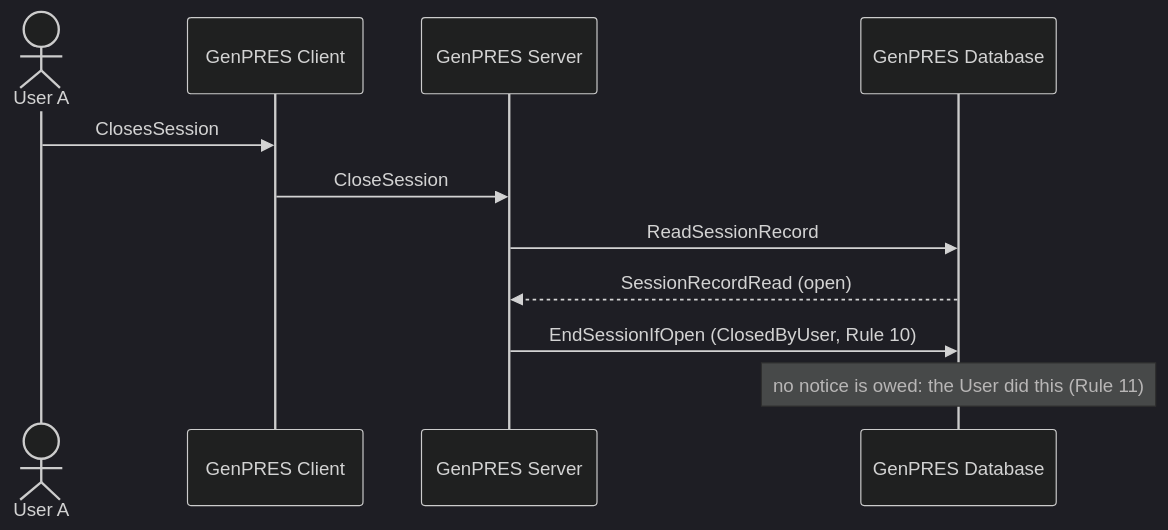
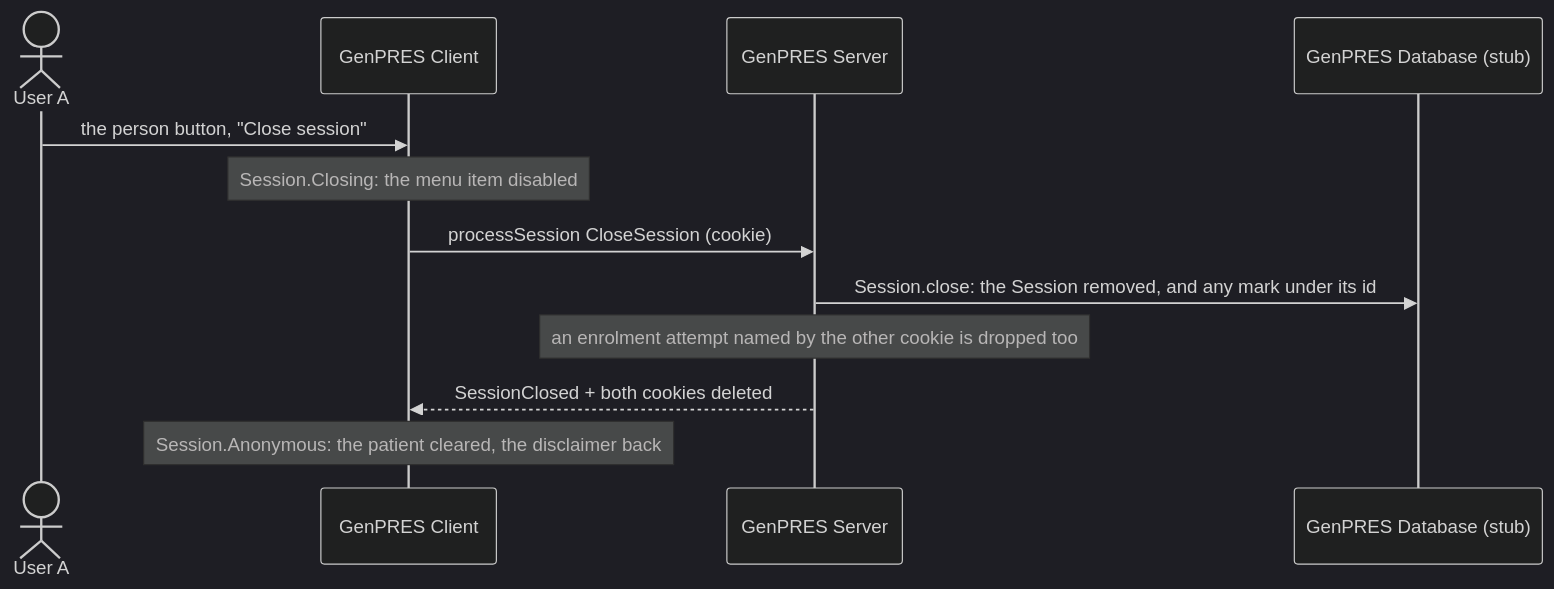
The diagram in docs/scenarios/integration/uc-10-close.md (informedica/GenPRES), drawn with Mermaid (dark theme) before and after one commit. The commit also changed other lines of this file and 13 other files, not shown here.

````diff
--- a/docs/scenarios/integration/uc-10-close.md
+++ b/docs/scenarios/integration/uc-10-close.md
@@ -8,14 +9,15 @@
 ```mermaid
 sequenceDiagram
     actor A as User A
     participant C as GenPRES Client
     participant S as GenPRES Server
-    participant D as GenPRES Database
+    participant D as GenPRES Database (stub)
 
-    A->>C: ClosesSession
-    C->>S: CloseSession
-    S->>D: ReadSessionRecord
-    D-->>S: SessionRecordRead (open)
-    S->>D: EndSessionIfOpen (ClosedByUser, Rule 10)
-    Note over D: no notice is owed: the User did this (Rule 11)
+    A->>C: the person button, "Close session"
+    Note over C: Session.Closing: the menu item disabled
+    C->>S: processSession CloseSession (cookie)
+    S->>D: Session.close: the Session removed, and any mark under its id
+    Note over S: an enrolment attempt named by the other cookie is dropped too
+    S-->>C: SessionClosed + both cookies deleted
+    Note over C: Session.Anonymous: the patient cleared, the disclaimer back
 ```
````
